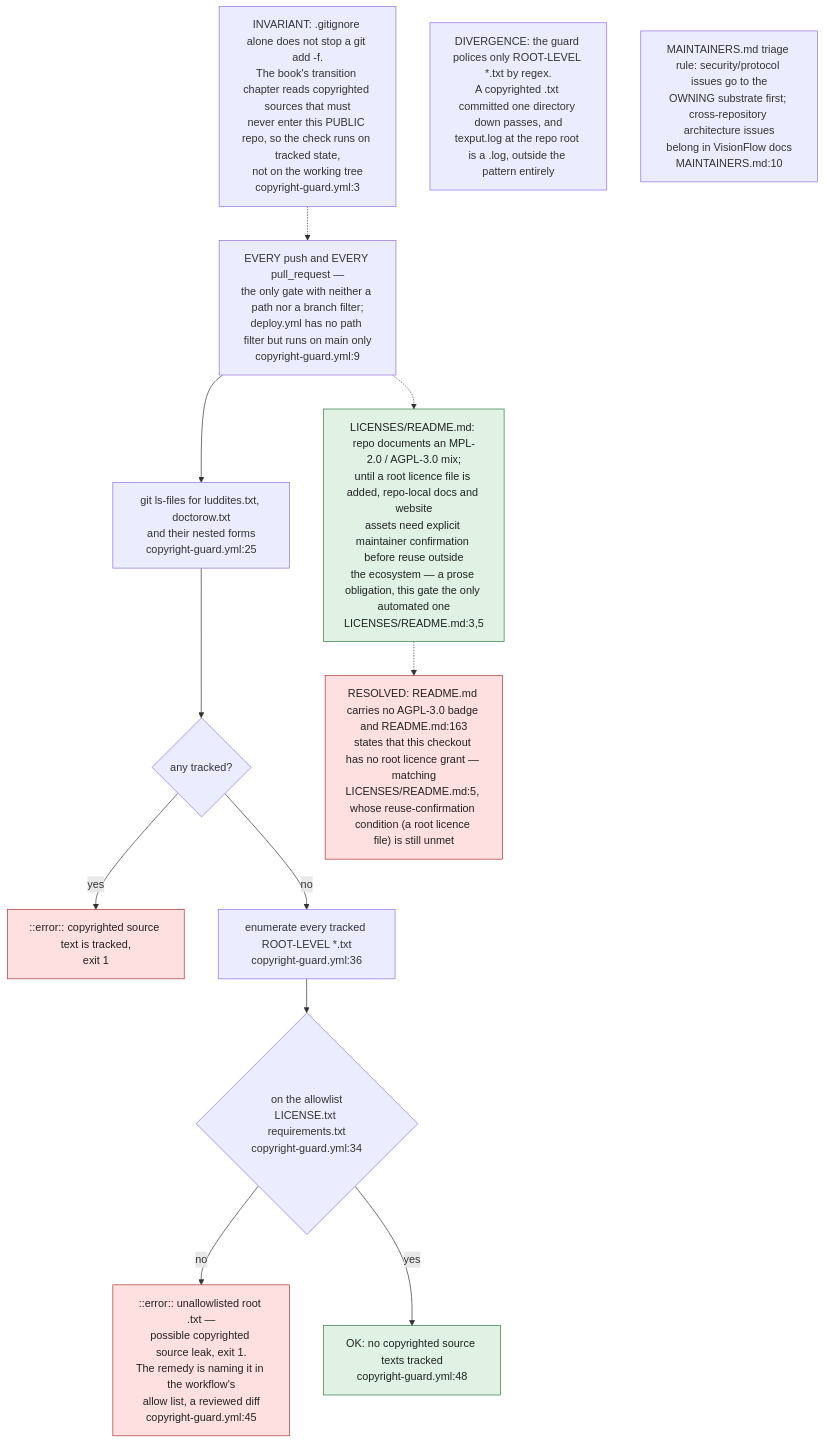
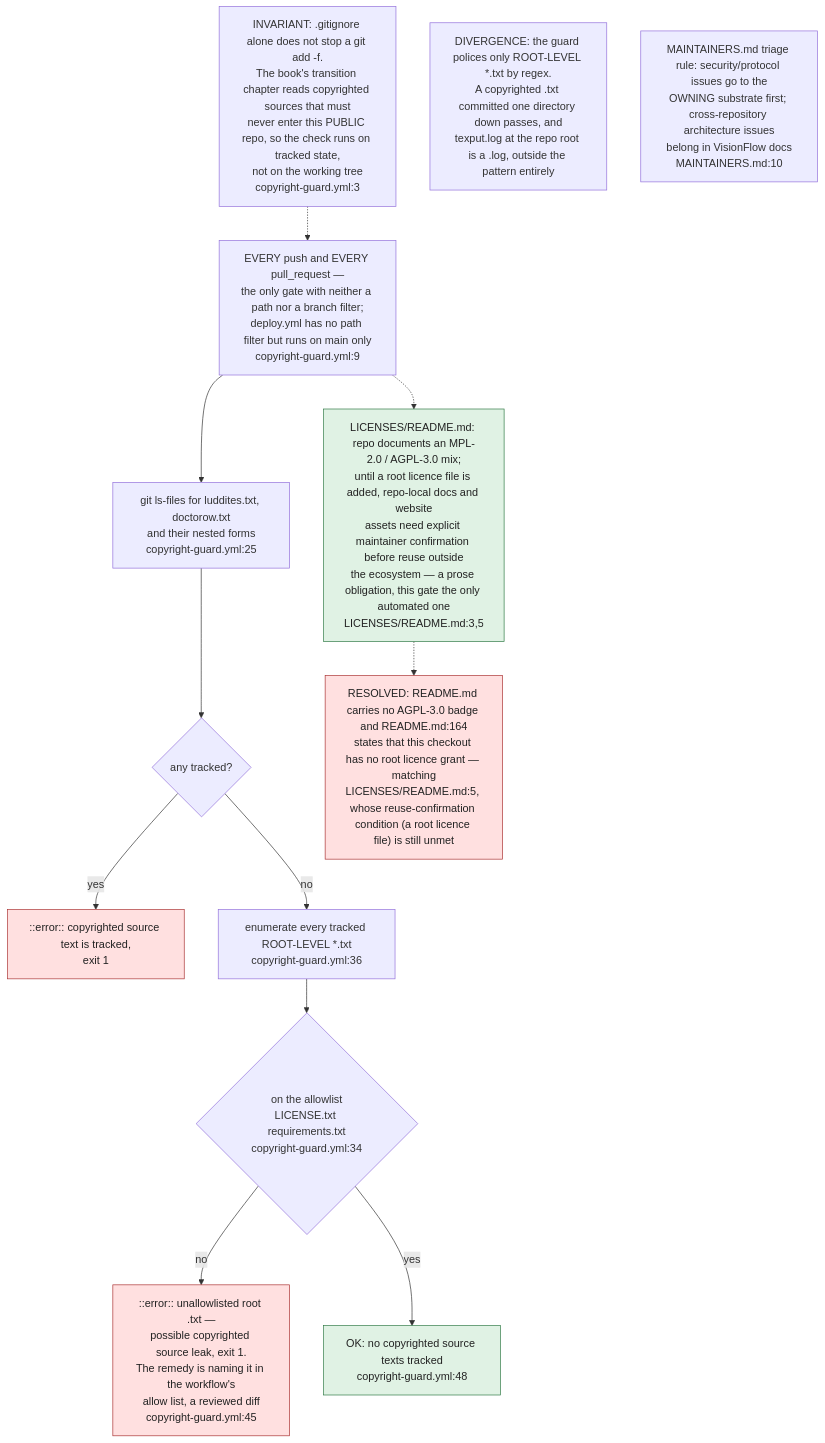
One commit to DreamLab-AI/VisionFlow changed the ninth of 13 diagrams in docs/diagrams/visionflow/05-governance-gates.md. Above: the diagram before and after it, drawn with Mermaid. The commit also changed other lines of this file and 7 other files, not shown here.

````diff
--- a/docs/diagrams/visionflow/05-governance-gates.md
+++ b/docs/diagrams/visionflow/05-governance-gates.md
@@ -406,26 +407,26 @@
 ```mermaid
 flowchart TB
     classDef block fill:#ffe0e0,stroke:#aa3333,color:#222
     classDef ok fill:#e0f2e4,stroke:#2f7a45,color:#222
 
     T["EVERY push and EVERY pull_request —<br/>the only gate with neither a path nor a branch filter;<br/>deploy.yml has no path filter but runs on main only<br/>copyright-guard.yml:9"] --> S1
 
     S1["git ls-files for luddites.txt, doctorow.txt<br/>and their nested forms<br/>copyright-guard.yml:25"] --> Q1{"any tracked?"}
     Q1 -->|yes| F1["::error:: copyrighted source text is tracked,<br/>exit 1"]:::block
     Q1 -->|no| S2["enumerate every tracked ROOT-LEVEL *.txt<br/>copyright-guard.yml:36"]
 
     S2 --> Q2{"on the allowlist<br/>LICENSE.txt requirements.txt<br/>copyright-guard.yml:34"}
     Q2 -->|no| F2["::error:: unallowlisted root .txt —<br/>possible copyrighted source leak, exit 1.<br/>The remedy is naming it in the workflow's<br/>allow list, a reviewed diff<br/>copyright-guard.yml:45"]:::block
     Q2 -->|yes| PASS["OK: no copyrighted source texts tracked<br/>copyright-guard.yml:48"]:::ok
 
     WHY["INVARIANT: .gitignore alone does not stop a git add -f.<br/>The book's transition chapter reads copyrighted sources that must<br/>never enter this PUBLIC repo, so the check runs on tracked state,<br/>not on the working tree<br/>copyright-guard.yml:3"]
     WHY -.-> T
 
     NOTE["DIVERGENCE: the guard polices only ROOT-LEVEL *.txt by regex.<br/>A copyrighted .txt committed one directory down passes, and<br/>texput.log at the repo root is a .log, outside the pattern entirely"]
 
     LICN["LICENSES/README.md: repo documents an MPL-2.0 / AGPL-3.0 mix;<br/>until a root licence file is added, repo-local docs and website<br/>assets need explicit maintainer confirmation before reuse outside<br/>the ecosystem — a prose obligation, this gate the only automated one<br/>LICENSES/README.md:3,5"]:::ok
     MNTN["MAINTAINERS.md triage rule: security/protocol issues go to the<br/>OWNING substrate first; cross-repository architecture issues<br/>belong in VisionFlow docs<br/>MAINTAINERS.md:10"]
-    DIVL["RESOLVED: README.md carries no AGPL-3.0 badge and README.md:163<br/>states that this checkout has no root licence grant — matching<br/>LICENSES/README.md:5, whose reuse-confirmation condition (a root licence file) is still unmet"]:::block
+    DIVL["RESOLVED: README.md carries no AGPL-3.0 badge and README.md:164<br/>states that this checkout has no root licence grant — matching<br/>LICENSES/README.md:5, whose reuse-confirmation condition (a root licence file) is still unmet"]:::block
     T -.-> LICN
     LICN -.-> DIVL
 ```
````
